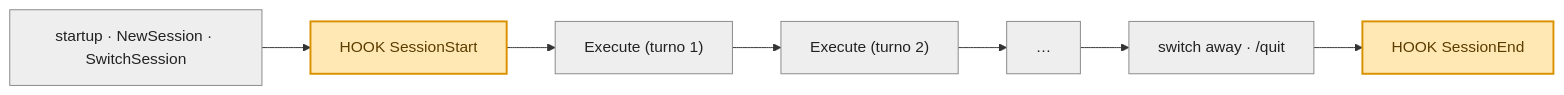
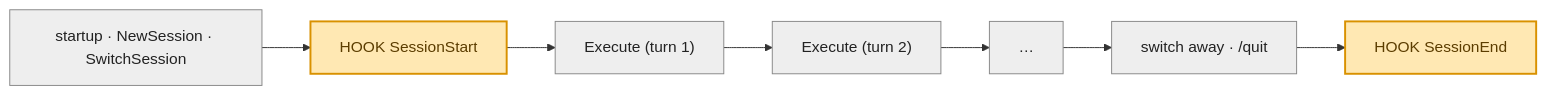
Before and after one commit to Federicoand98/mani: the first of 2 diagrams in docs/agentic-loop.md, drawn with Mermaid. The commit also changed other lines of this file and 33 other files, not shown here.

````diff
--- a/docs/agentic-loop.md
+++ b/docs/agentic-loop.md
@@ -23,15 +23,15 @@
 ```mermaid
 flowchart LR
     classDef hook fill:#ffe8b3,stroke:#d99100,color:#5c3d00,stroke-width:2px;
     classDef step fill:#eeeeee,stroke:#888888,color:#222222;
 
     A["startup · NewSession · SwitchSession"]:::step
     SS["HOOK SessionStart"]:::hook
-    T1["Execute (turno 1)"]:::step
-    T2["Execute (turno 2)"]:::step
+    T1["Execute (turn 1)"]:::step
+    T2["Execute (turn 2)"]:::step
     DOTS["…"]:::step
     Q["switch away · /quit"]:::step
     SE["HOOK SessionEnd"]:::hook
 
     A --> SS --> T1 --> T2 --> DOTS --> Q --> SE
 ```
````
